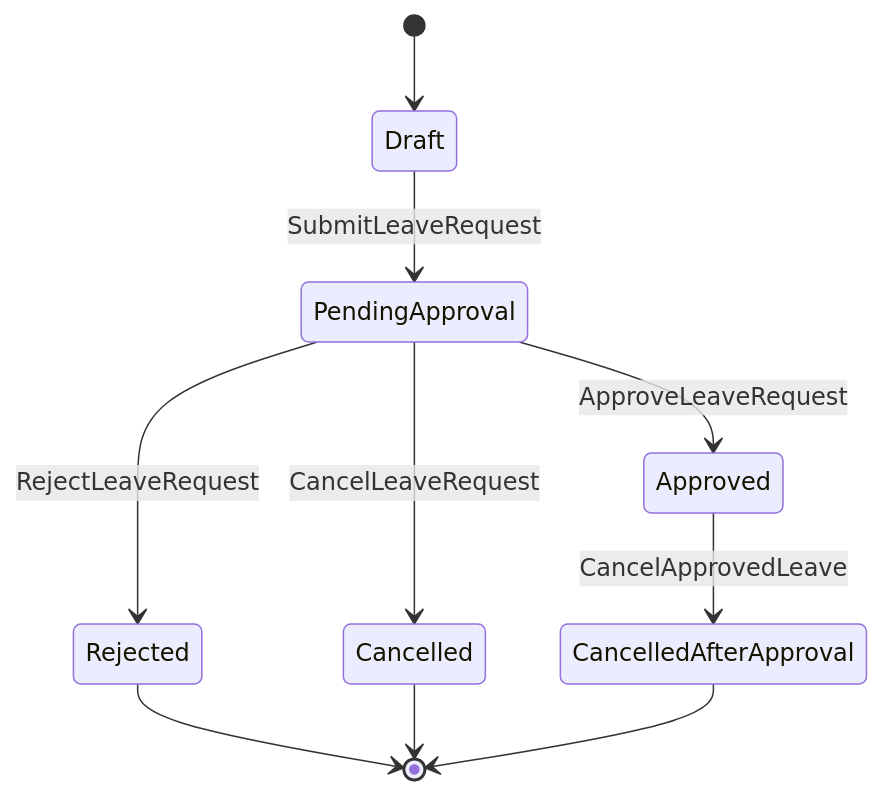
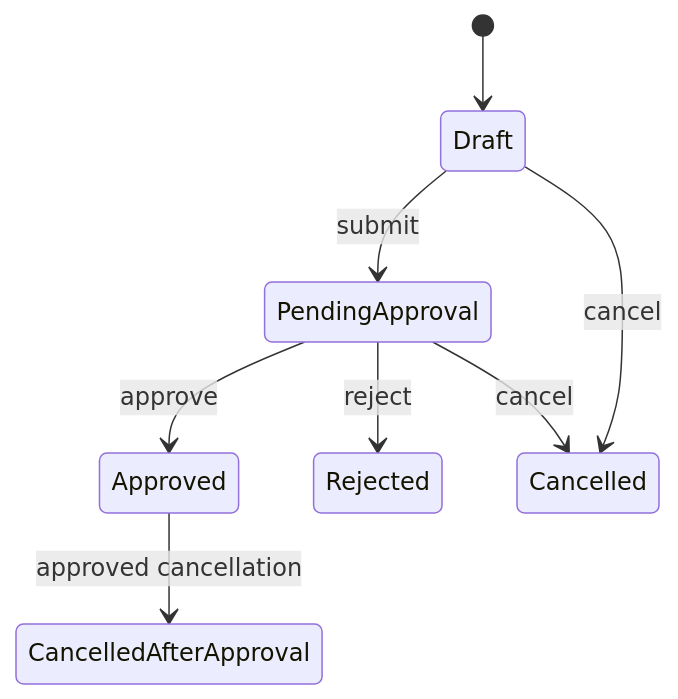
The diagram in docs/02-domain/leave.md (369sup/worksync-hr), drawn with Mermaid before and after one commit. The commit also changed other lines of this file and 40 other files, not shown here.

Commit message:
Refactor leave workflow architecture and UI

````diff
--- a/docs/02-domain/leave.md
+++ b/docs/02-domain/leave.md
@@ -20,12 +18,10 @@
 ```mermaid
 stateDiagram-v2
   [*] --> Draft
-  Draft --> PendingApproval: SubmitLeaveRequest
-  PendingApproval --> Approved: ApproveLeaveRequest
-  PendingApproval --> Rejected: RejectLeaveRequest
-  PendingApproval --> Cancelled: CancelLeaveRequest
-  Approved --> CancelledAfterApproval: CancelApprovedLeave
-  Rejected --> [*]
-  Cancelled --> [*]
-  CancelledAfterApproval --> [*]
+  Draft --> PendingApproval: submit
+  PendingApproval --> Approved: approve
+  PendingApproval --> Rejected: reject
+  Draft --> Cancelled: cancel
+  PendingApproval --> Cancelled: cancel
+  Approved --> CancelledAfterApproval: approved cancellation
 ```
````
